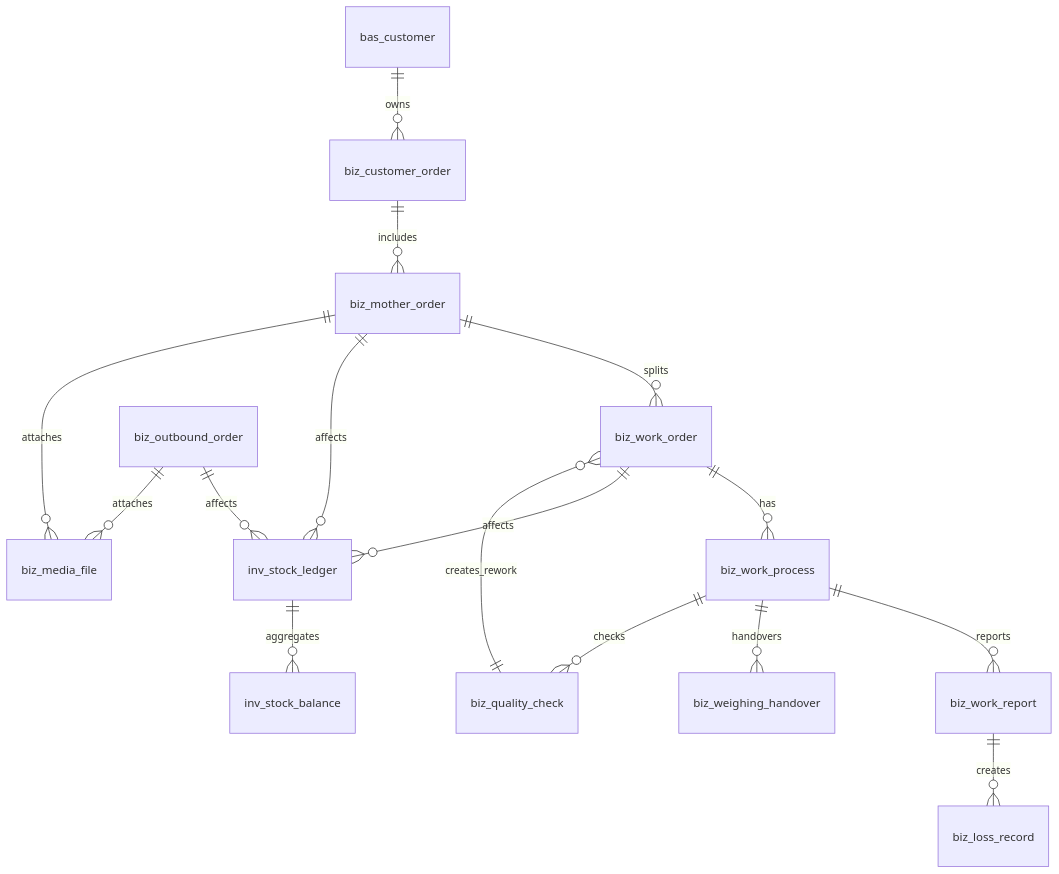
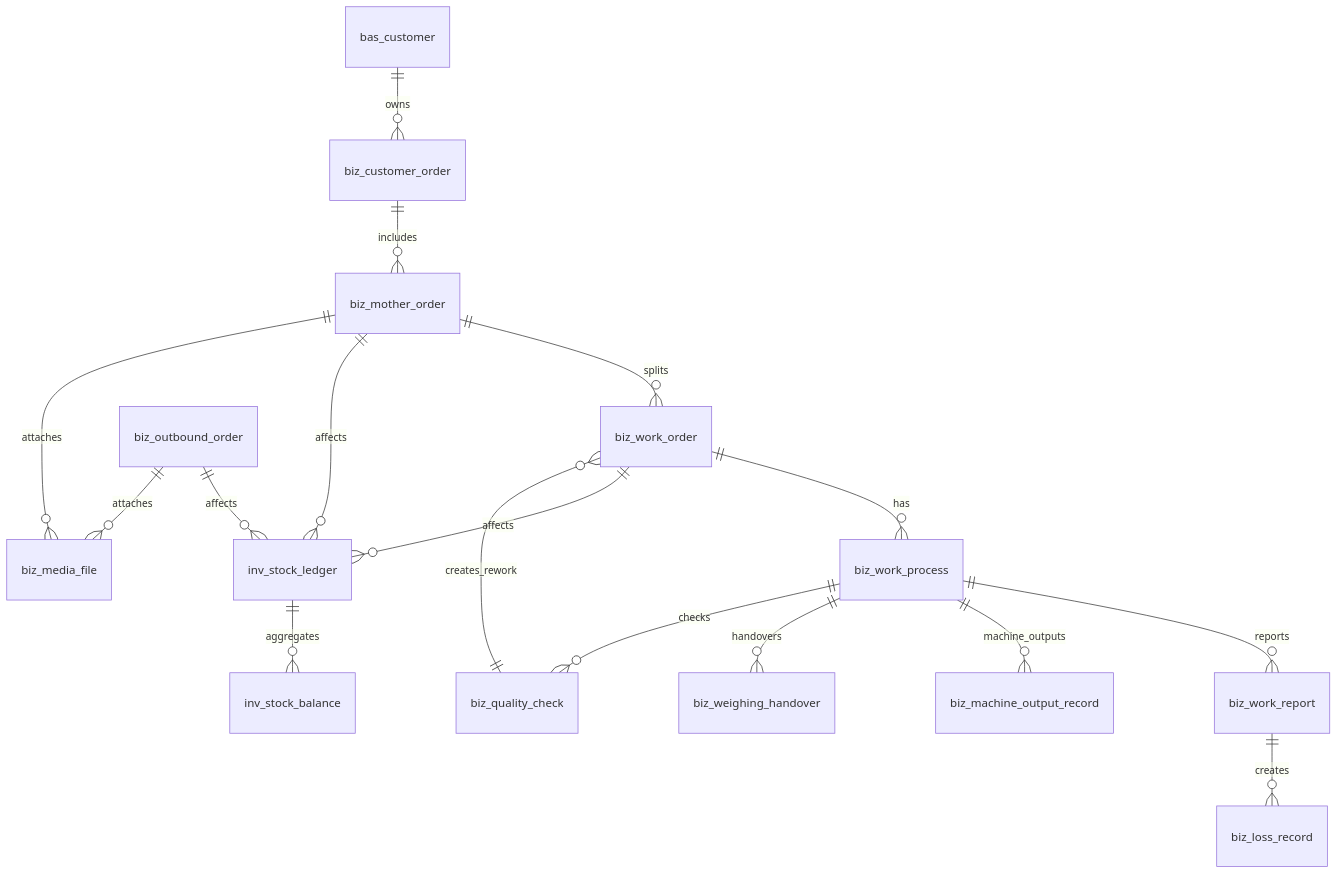
The diagram in docs/03_领域模型与数据库设计.md (sxliuchen-hash/zhubao-ERP), drawn with Mermaid before and after one commit. The commit also changed other lines of this file and 51 other files, not shown here.

````diff
--- a/docs/03_领域模型与数据库设计.md
+++ b/docs/03_领域模型与数据库设计.md
@@ -23,18 +23,19 @@
 ```mermaid
 erDiagram
     bas_customer ||--o{ biz_customer_order : owns
     biz_customer_order ||--o{ biz_mother_order : includes
     biz_mother_order ||--o{ biz_work_order : splits
     biz_work_order ||--o{ biz_work_process : has
     biz_work_process ||--o{ biz_work_report : reports
+    biz_work_process ||--o{ biz_machine_output_record : machine_outputs
     biz_work_process ||--o{ biz_weighing_handover : handovers
     biz_work_process ||--o{ biz_quality_check : checks
     biz_quality_check ||--o{ biz_work_order : creates_rework
     biz_work_report ||--o{ biz_loss_record : creates
     biz_mother_order ||--o{ inv_stock_ledger : affects
     biz_work_order ||--o{ inv_stock_ledger : affects
     biz_outbound_order ||--o{ inv_stock_ledger : affects
     inv_stock_ledger ||--o{ inv_stock_balance : aggregates
     biz_mother_order ||--o{ biz_media_file : attaches
     biz_outbound_order ||--o{ biz_media_file : attaches
 ```
````
